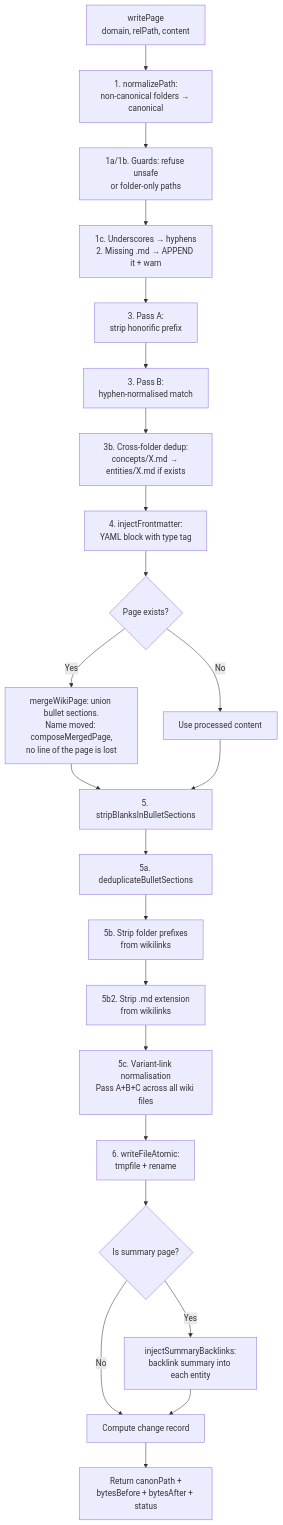
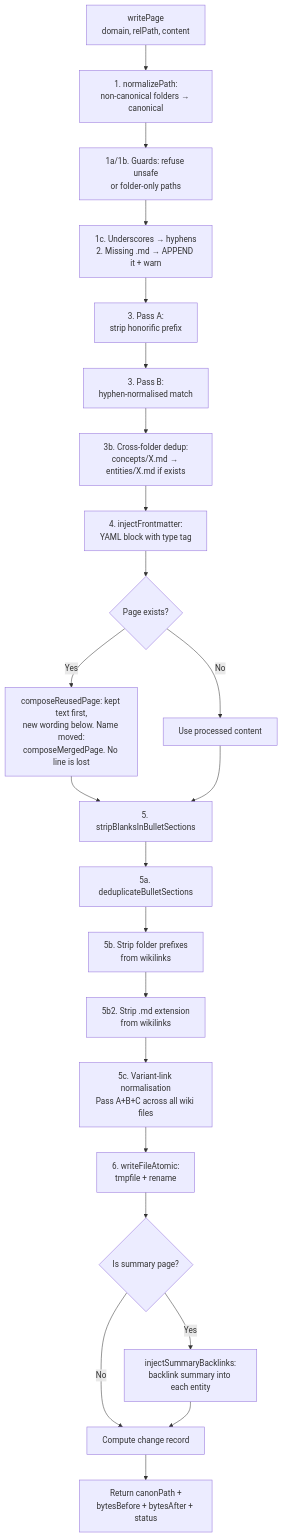
Before and after one commit to talirezun/the-curator: the fourth of 7 diagrams in docs/ingestion-pipeline.md, drawn with Mermaid. The commit also changed other lines of this file and 11 other files, not shown here.

First line of the commit message:
Exact-name reuse loses no line: the page's text stays, new wording goes below it

````diff
--- a/docs/ingestion-pipeline.md
+++ b/docs/ingestion-pipeline.md
@@ -221,26 +221,26 @@
 ```mermaid
 flowchart TD
     A[writePage<br/>domain, relPath, content] --> B[1. normalizePath:<br/>non-canonical folders → canonical]
     B --> C[1a/1b. Guards: refuse unsafe<br/>or folder-only paths]
     C --> D[1c. Underscores → hyphens<br/>2. Missing .md → APPEND it + warn]
     D --> E[3. Pass A:<br/>strip honorific prefix]
     E --> F[3. Pass B:<br/>hyphen-normalised match]
     F --> G[3b. Cross-folder dedup:<br/>concepts/X.md → entities/X.md if exists]
     G --> H[4. injectFrontmatter:<br/>YAML block with type tag]
     H --> I{Page exists?}
-    I -- Yes --> J[mergeWikiPage: union bullet sections.<br/>Name moved: composeMergedPage,<br/>no line of the page is lost]
+    I -- Yes --> J[composeReusedPage: kept text first,<br/>new wording below. Name moved:<br/>composeMergedPage. No line is lost]
     I -- No --> K[Use processed content]
     J --> L
     K --> L
     L[5. stripBlanksInBulletSections]
     L --> M[5a. deduplicateBulletSections]
     M --> N[5b. Strip folder prefixes<br/>from wikilinks]
     N --> N2[5b2. Strip .md extension<br/>from wikilinks]
     N2 --> O[5c. Variant-link normalisation<br/>Pass A+B+C across all wiki files]
     O --> P[6. writeFileAtomic:<br/>tmpfile + rename]
     P --> Q{Is summary page?}
     Q -- Yes --> R[injectSummaryBacklinks:<br/>backlink summary into each entity]
     Q -- No --> S[Compute change record]
     R --> S
     S --> T[Return canonPath +<br/>bytesBefore + bytesAfter + status]
 ```
````
